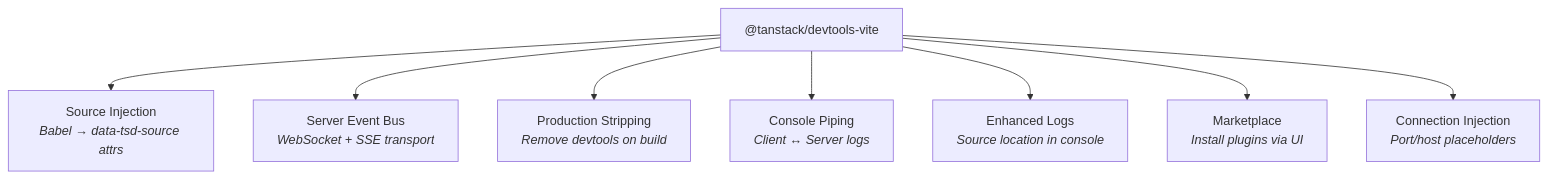
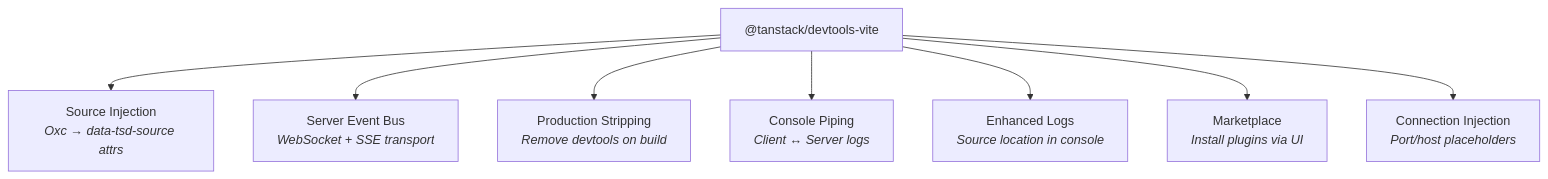
The diagram in docs/vite-plugin.md (TanStack/devtools), drawn with Mermaid before and after one commit. The commit also changed other lines of this file and 7 other files, not shown here.

Commit message:
docs: replace babel with oxc across the skills files

````diff
--- a/docs/vite-plugin.md
+++ b/docs/vite-plugin.md
@@ -209,11 +209,11 @@
 ```mermaid
 graph TD
     vite["@tanstack/devtools-vite"]
-    vite --> source["Source Injection<br/><i>Babel → data-tsd-source attrs</i>"]
+    vite --> source["Source Injection<br/><i>Oxc → data-tsd-source attrs</i>"]
     vite --> server["Server Event Bus<br/><i>WebSocket + SSE transport</i>"]
     vite --> strip["Production Stripping<br/><i>Remove devtools on build</i>"]
     vite --> pipe["Console Piping<br/><i>Client ↔ Server logs</i>"]
     vite --> logs["Enhanced Logs<br/><i>Source location in console</i>"]
     vite --> market["Marketplace<br/><i>Install plugins via UI</i>"]
     vite --> connect["Connection Injection<br/><i>Port/host placeholders</i>"]
 ```
````
